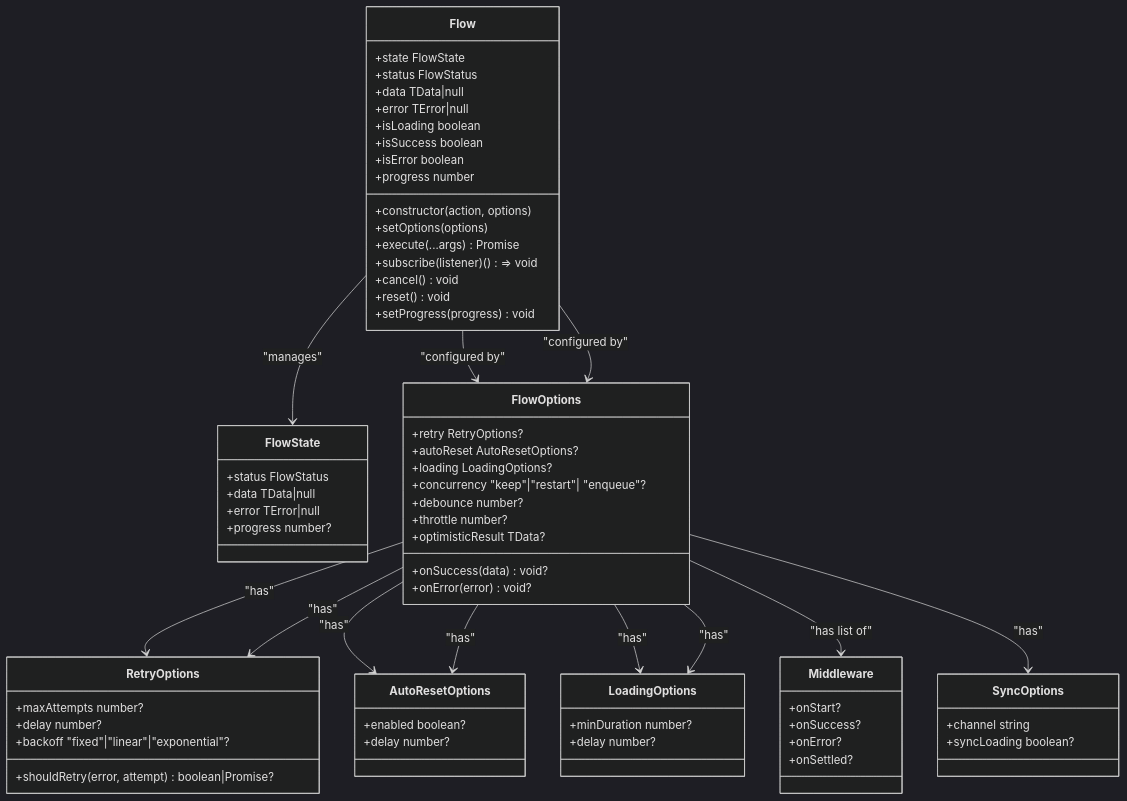
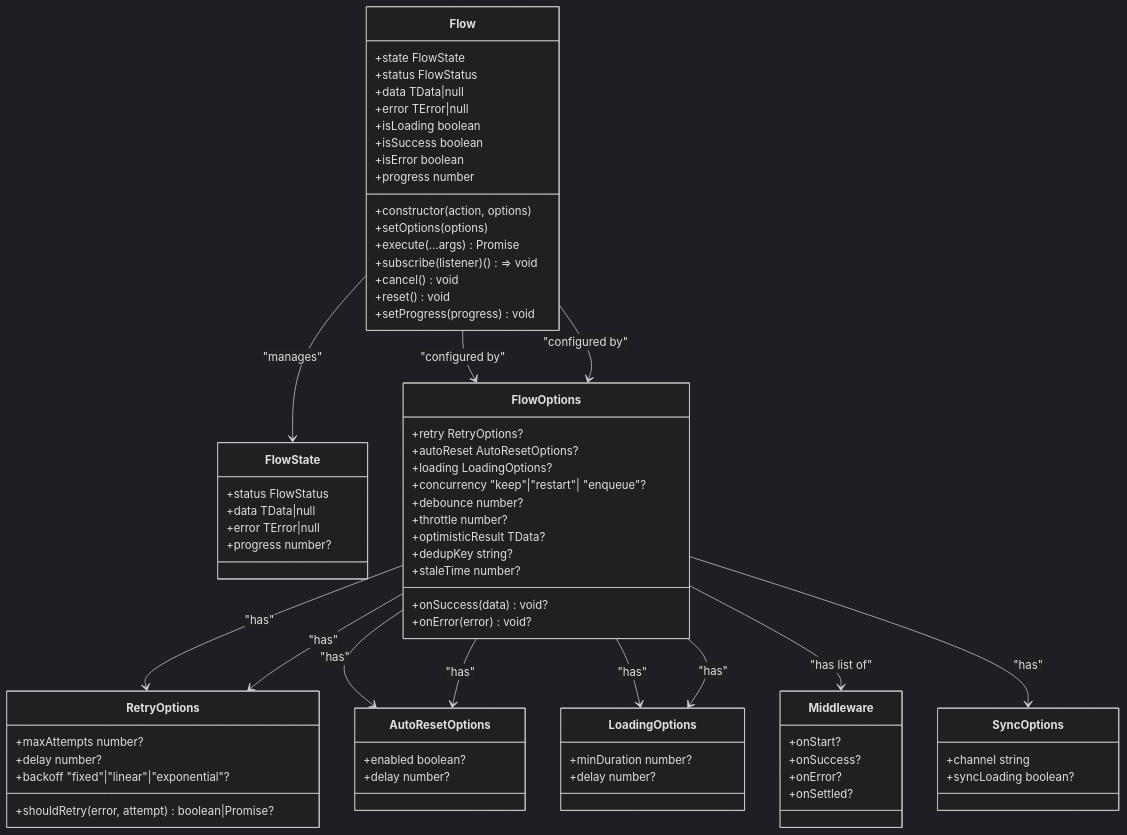
One commit to devhimanshuu/asyncflowstate changed the second of 3 diagrams in documentation/content/Core Engine/Flow Class API.md. Above: the diagram before and after it, drawn with Mermaid (dark theme). The commit also changed 3 other files, not shown here.

Commit message:
feat: introduce the Flow class for orchestrating asynchronous actions with comprehensive state management, retry, concurrency, and persistence features.

````diff
--- a/documentation/content/Core Engine/Flow Class API.md
+++ b/documentation/content/Core Engine/Flow Class API.md
@@ -105,72 +105,74 @@
 ```mermaid
 classDiagram
 class Flow {
 +constructor(action, options)
 +setOptions(options)
 +execute(...args) Promise<TData|undefined>
 +subscribe(listener) () => void
 +cancel() void
 +reset() void
 +setProgress(progress) void
 +state FlowState
 +status FlowStatus
 +data TData|null
 +error TError|null
 +isLoading boolean
 +isSuccess boolean
 +isError boolean
 +progress number
 }
 class FlowState {
 +status FlowStatus
 +data TData|null
 +error TError|null
 +progress number?
 }
 class FlowOptions {
 +onSuccess(data) void?
 +onError(error) void?
 +retry RetryOptions?
 +autoReset AutoResetOptions?
 +loading LoadingOptions?
 +concurrency "keep"|"restart"| "enqueue"?
 +debounce number?
 +throttle number?
 +optimisticResult TData?
++dedupKey string?
++staleTime number?
 }
 class RetryOptions {
 +maxAttempts number?
 +delay number?
 +backoff "fixed"|"linear"|"exponential"?
 +shouldRetry(error, attempt) boolean|Promise<boolean>?
 }
 class AutoResetOptions {
 +enabled boolean?
 +delay number?
 }
 class LoadingOptions {
 +minDuration number?
 +delay number?
 }
 class Middleware {
 +onStart?
 +onSuccess?
 +onError?
 +onSettled?
 }
 class SyncOptions {
 +channel string
 +syncLoading boolean?
 }
 Flow --> FlowState : "manages"
 Flow --> FlowOptions : "configured by"
 FlowOptions --> RetryOptions : "has"
 FlowOptions --> AutoResetOptions : "has"
 FlowOptions --> LoadingOptions : "has"
 FlowOptions --> Middleware : "has list of"
 FlowOptions --> SyncOptions : "has"
 Flow --> FlowOptions : "configured by"
 FlowOptions --> RetryOptions : "has"
 FlowOptions --> AutoResetOptions : "has"
 FlowOptions --> LoadingOptions : "has"
 ```
````
